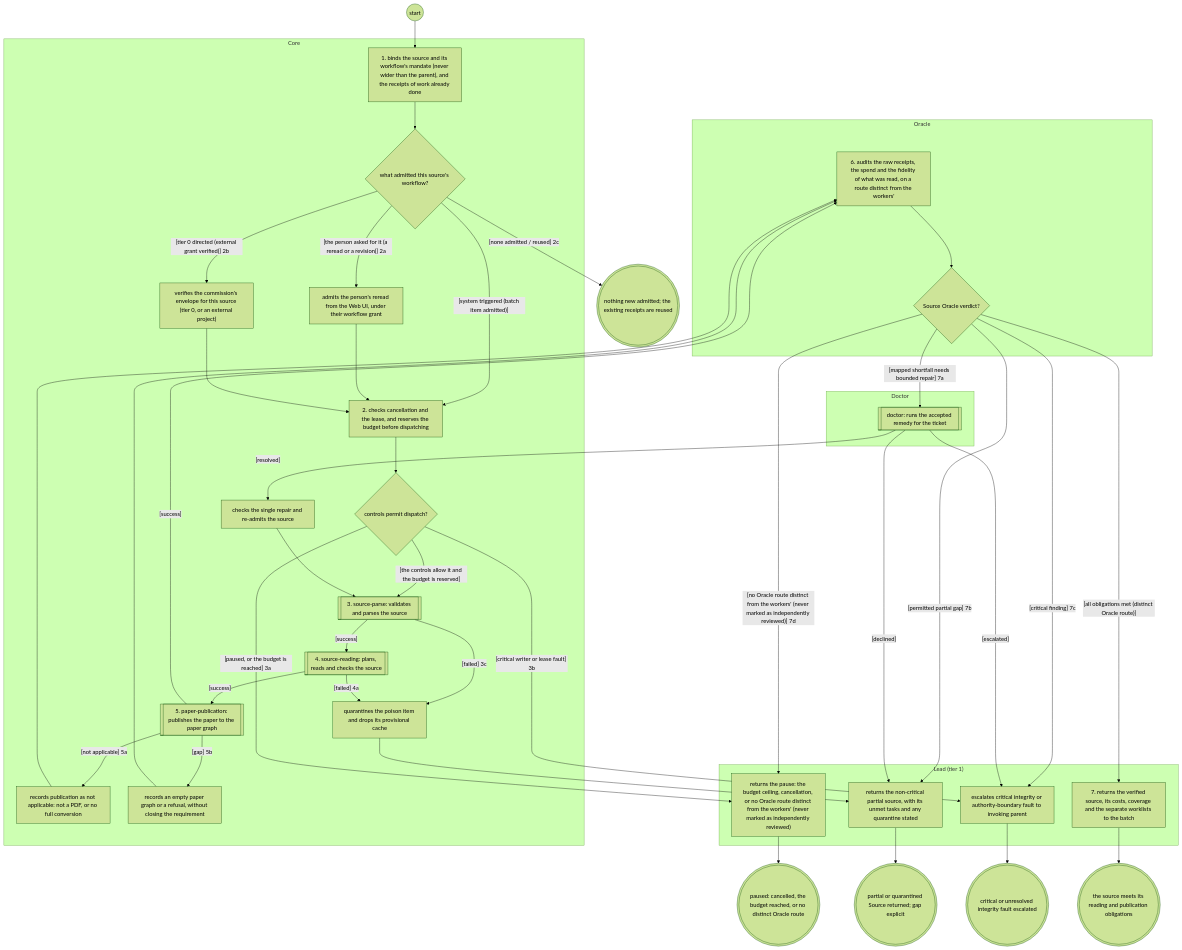
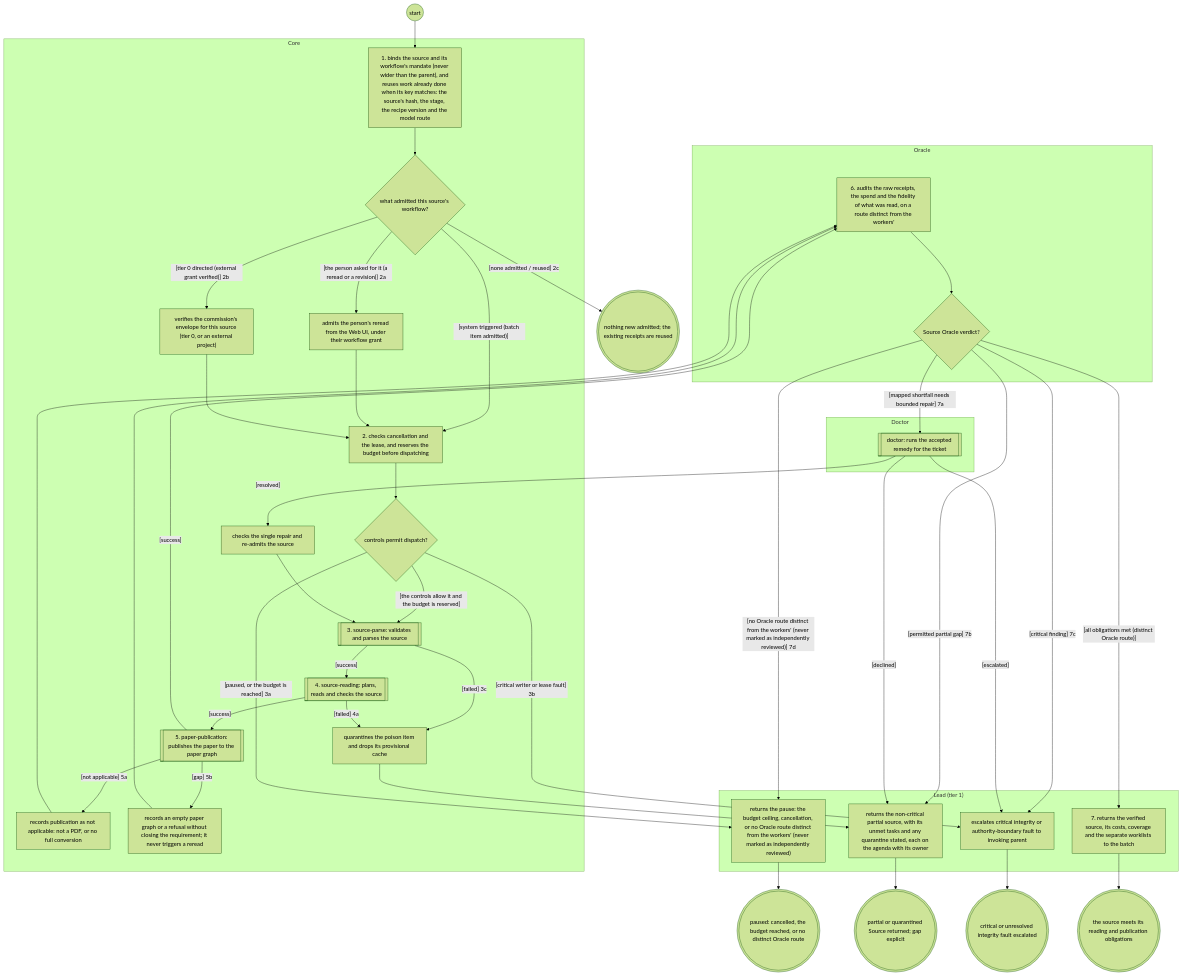
Before and after one commit to Jake36999/Librarian_V2: the diagram in reports/2026-11-25-systems-analysis-finalisation/librarian/to-be/views/source-enrichment.views.md, drawn with Mermaid (forest theme). The commit also changed other lines of this file and 101 other files, not shown here.

````diff
--- a/reports/2026-11-25-systems-analysis-finalisation/librarian/to-be/views/source-enrichment.views.md
+++ b/reports/2026-11-25-systems-analysis-finalisation/librarian/to-be/views/source-enrichment.views.md
@@ -98,74 +98,74 @@
 ```mermaid
 flowchart TD
   subgraph Oracle["Oracle"]
     oracle["6. audits the raw receipts, the spend and the fidelity of what was read, on a route distinct from the workers'"]
     dverdict{"Source Oracle verdict?"}
   end
   subgraph Lead_tier_1_["Lead (tier 1)"]
     handback["7. returns the verified source, its costs, coverage and the separate worklists to the batch"]
-    retpartial["returns the non-critical partial source, with its unmet tasks and any quarantine stated"]
+    retpartial["returns the non-critical partial source, with its unmet tasks and any quarantine stated, each on the agenda with its owner"]
     retpause["returns the pause: the budget ceiling, cancellation, or no Oracle route distinct from the workers' (never marked as independently reviewed)"]
     retesc["escalates critical integrity or authority-boundary fault to invoking parent"]
   end
   subgraph Doctor["Doctor"]
     doctor[["doctor: runs the accepted remedy for the ticket"]]
   end
   subgraph Core["Core"]
-    bind["1. binds the source and its workflow's mandate (never wider than the parent), and the receipts of work already done"]
+    bind["1. binds the source and its workflow's mandate (never wider than the parent), and reuses work already done when its key matches: the source's hash, the stage, the recipe version and the model route"]
     dwork{"what admitted this source's workflow?"}
     userread["admits the person's reread from the Web UI, under their workflow grant"]
     t0read["verifies the commission's envelope for this source (tier 0, or an external project)"]
     controls["2. checks cancellation and the lease, and reserves the budget before dispatching"]
     dcontrols{"controls permit dispatch?"}
     ref_source_parse[["3. source-parse: validates and parses the source"]]
     ref_source_reading[["4. source-reading: plans, reads and checks the source"]]
     quarantine["quarantines the poison item and drops its provisional cache"]
     ref_paper_publication[["5. paper-publication: publishes the paper to the paper graph"]]
     pubna["records publication as not applicable: not a PDF, or no full conversion"]
-    pubgap["records an empty paper graph or a refusal, without closing the requirement"]
+    pubgap["records an empty paper graph or a refusal without closing the requirement; it never triggers a reread"]
     reentry["checks the single repair and re-admits the source"]
   end
   s(("start"))
   e1((("the source meets its reading and publication obligations")))
   epartial((("partial or quarantined Source returned; gap explicit")))
   enowork((("nothing new admitted; the existing receipts are reused")))
   epaused((("paused: cancelled, the budget reached, or no distinct Oracle route")))
   eescalated((("critical or unresolved integrity fault escalated")))
   s --> bind
   bind --> dwork
   dwork -->|"[system triggered (batch item admitted)]"| controls
   dwork -->|"[the person asked for it (a reread or a revision)] 2a"| userread
   dwork -->|"[tier 0 directed (external grant verified)] 2b"| t0read
   dwork -->|"[none admitted / reused] 2c"| enowork
   userread --> controls
   t0read --> controls
   controls --> dcontrols
   dcontrols -->|"[the controls allow it and the budget is reserved]"| ref_source_parse
   dcontrols -->|"[paused, or the budget is reached] 3a"| retpause
   dcontrols -->|"[critical writer or lease fault] 3b"| retesc
   quarantine --> retpartial
   pubna --> oracle
   pubgap --> oracle
   oracle --> dverdict
   dverdict -->|"[all obligations met (distinct Oracle route)]"| handback
   dverdict -->|"[mapped shortfall needs bounded repair] 7a"| doctor
   dverdict -->|"[permitted partial gap] 7b"| retpartial
   dverdict -->|"[critical finding] 7c"| retesc
   dverdict -->|"[no Oracle route distinct from the workers' (never marked as independently reviewed)] 7d"| retpause
   doctor -->|"[resolved]"| reentry
   reentry --> ref_source_parse
   doctor -->|"[declined]"| retpartial
   doctor -->|"[escalated]"| retesc
   handback --> e1
   retpartial --> epartial
   retpause --> epaused
   retesc --> eescalated
   ref_source_parse -->|"[success]"| ref_source_reading
   ref_source_parse -->|"[failed] 3c"| quarantine
   ref_source_reading -->|"[success]"| ref_paper_publication
   ref_source_reading -->|"[failed] 4a"| quarantine
   ref_paper_publication -->|"[success]"| oracle
   ref_paper_publication -->|"[not applicable] 5a"| pubna
   ref_paper_publication -->|"[gap] 5b"| pubgap
   classDef ext stroke:#d9534f,stroke-width:2px
 ```
````
